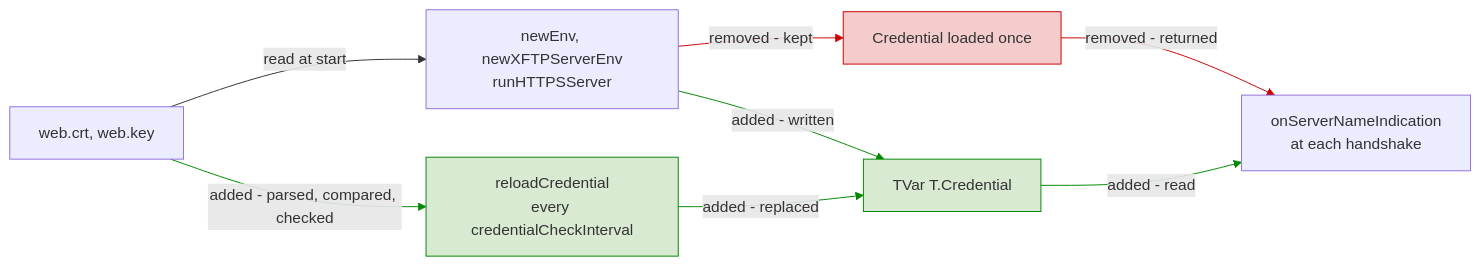
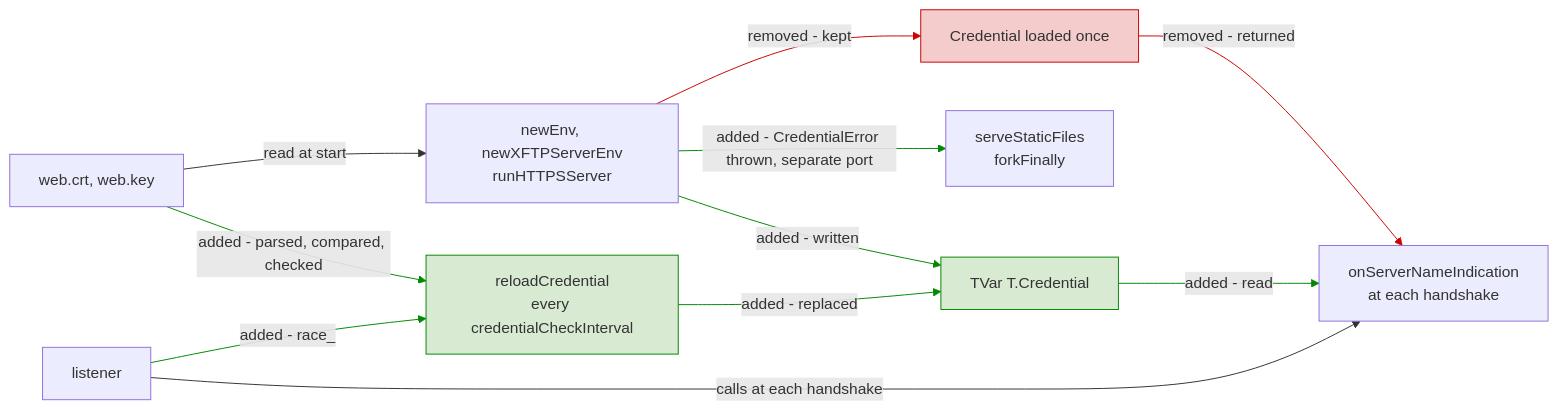
One commit to simplex-chat/simplexmq changed the second of 3 diagrams in plans/2026-11-17-reload-web-certificates.md. Above: the diagram before and after it, drawn with Mermaid. The commit also changed other lines of this file, not shown here.

Commit message:
servers: complete the diagrams and wording of the reload plan

````diff
--- a/plans/2026-11-17-reload-web-certificates.md
+++ b/plans/2026-11-17-reload-web-certificates.md
@@ -92,22 +98,27 @@
 ```mermaid
 flowchart LR
     F[web.crt, web.key]
     E[newEnv, newXFTPServerEnv<br>runHTTPSServer]
     V[TVar T.Credential]
     R[reloadCredential<br>every credentialCheckInterval]
     H[onServerNameIndication<br>at each handshake]
+    L[listener]
+    S[serveStaticFiles<br>forkFinally]
     C[Credential loaded once]
     F -- "read at start" --> E
     E -- "added - written" --> V
     E -- "removed - kept" --> C
     C -- "removed - returned" --> H
     F -- "added - parsed, compared, checked" --> R
     R -- "added - replaced" --> V
     V -- "added - read" --> H
+    L -- "added - race_" --> R
+    L -- "calls at each handshake" --> H
+    E -- "added - CredentialError thrown, separate port" --> S
     classDef removed fill:#f4cccc,stroke:#cc0000
     classDef added fill:#d9ead3,stroke:#008800
     class C removed
     class V,R added
     linkStyle 2,3 stroke:#cc0000
-    linkStyle 1,4,5,6 stroke:#008800
+    linkStyle 1,4,5,6,7,9 stroke:#008800
 ```
````
